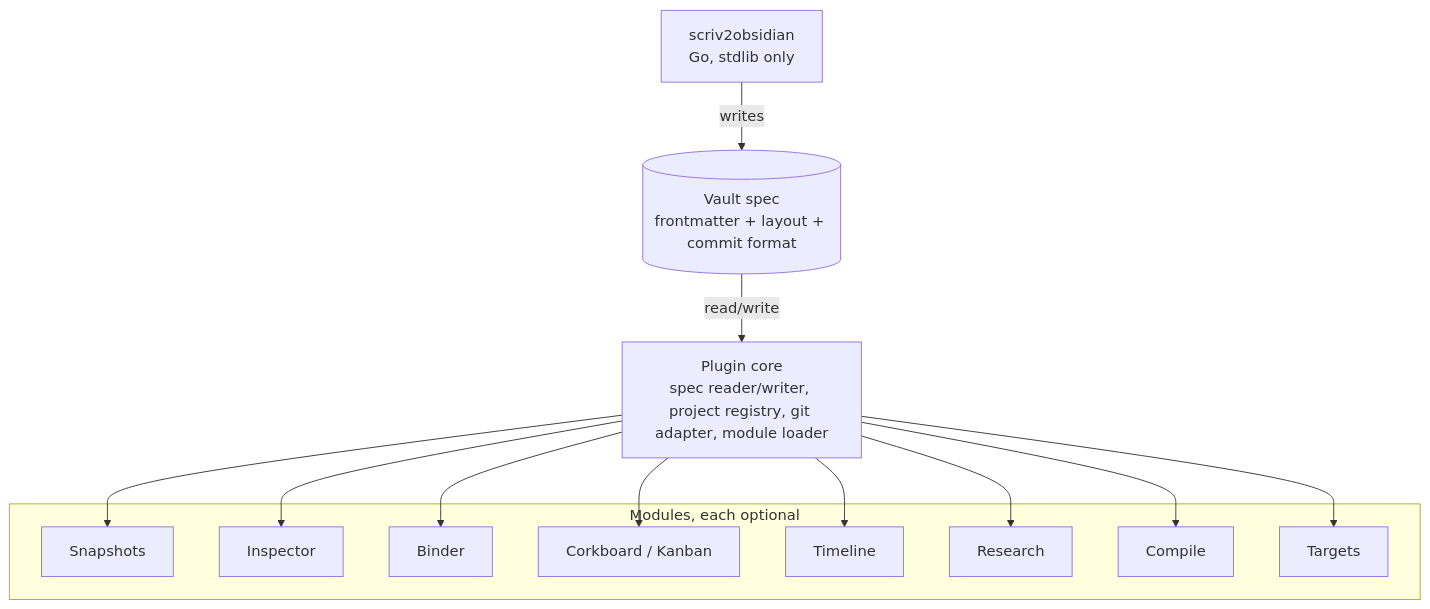
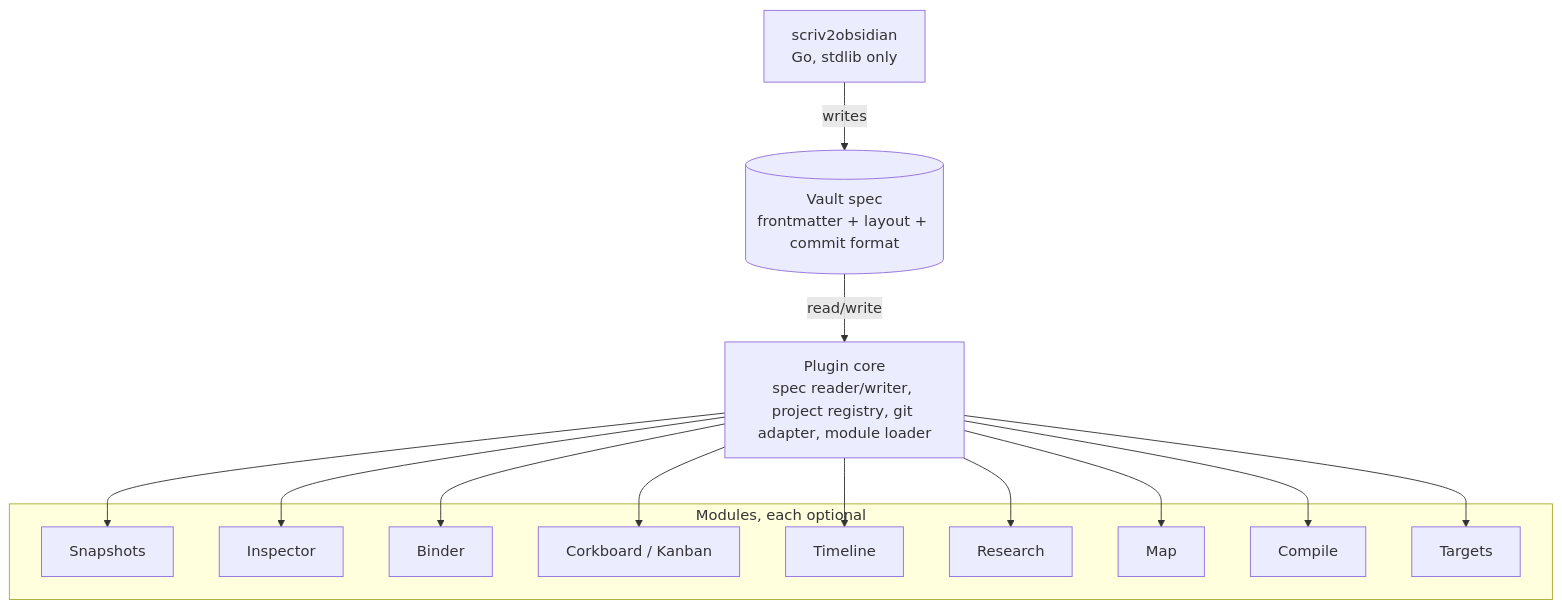
The second of 2 diagrams in README.md (Longhand-io/longhand), drawn with Mermaid before and after one commit. The commit also changed other lines of this file and 3 other files, not shown here.

````diff
--- a/README.md
+++ b/README.md
@@ -49,19 +49,20 @@
 ```mermaid
 flowchart TB
     spec[("Vault spec<br/>frontmatter + layout + commit format")]
     importer["scriv2obsidian<br/>Go, stdlib only"]
     core["Plugin core<br/>spec reader/writer, project registry, git adapter, module loader"]
     subgraph modules["Modules, each optional"]
         snap["Snapshots"]
         insp["Inspector"]
         bind["Binder"]
         cork["Corkboard / Kanban"]
         time["Timeline"]
         res["Research"]
+        map["Map"]
         comp["Compile"]
         targ["Targets"]
     end
     importer -- writes --> spec
     spec -- read/write --> core
-    core --> snap & insp & bind & cork & time & res & comp & targ
+    core --> snap & insp & bind & cork & time & res & map & comp & targ
 ```
````
